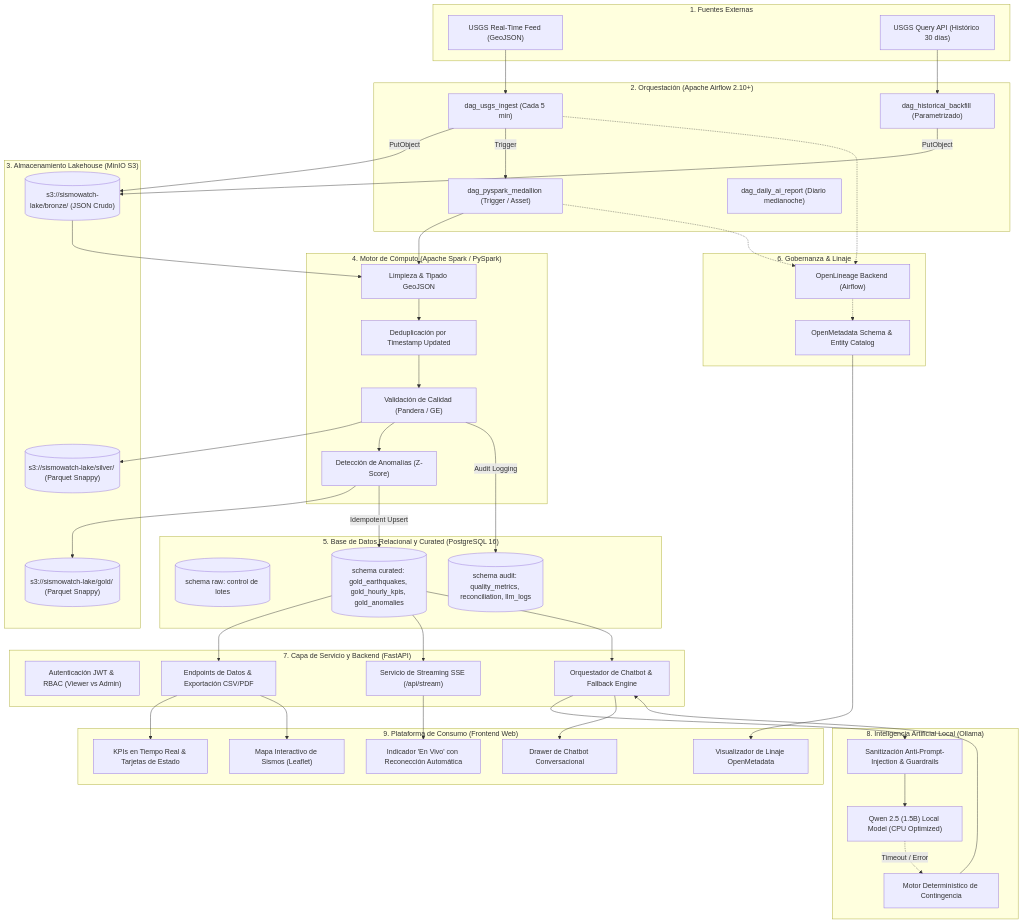
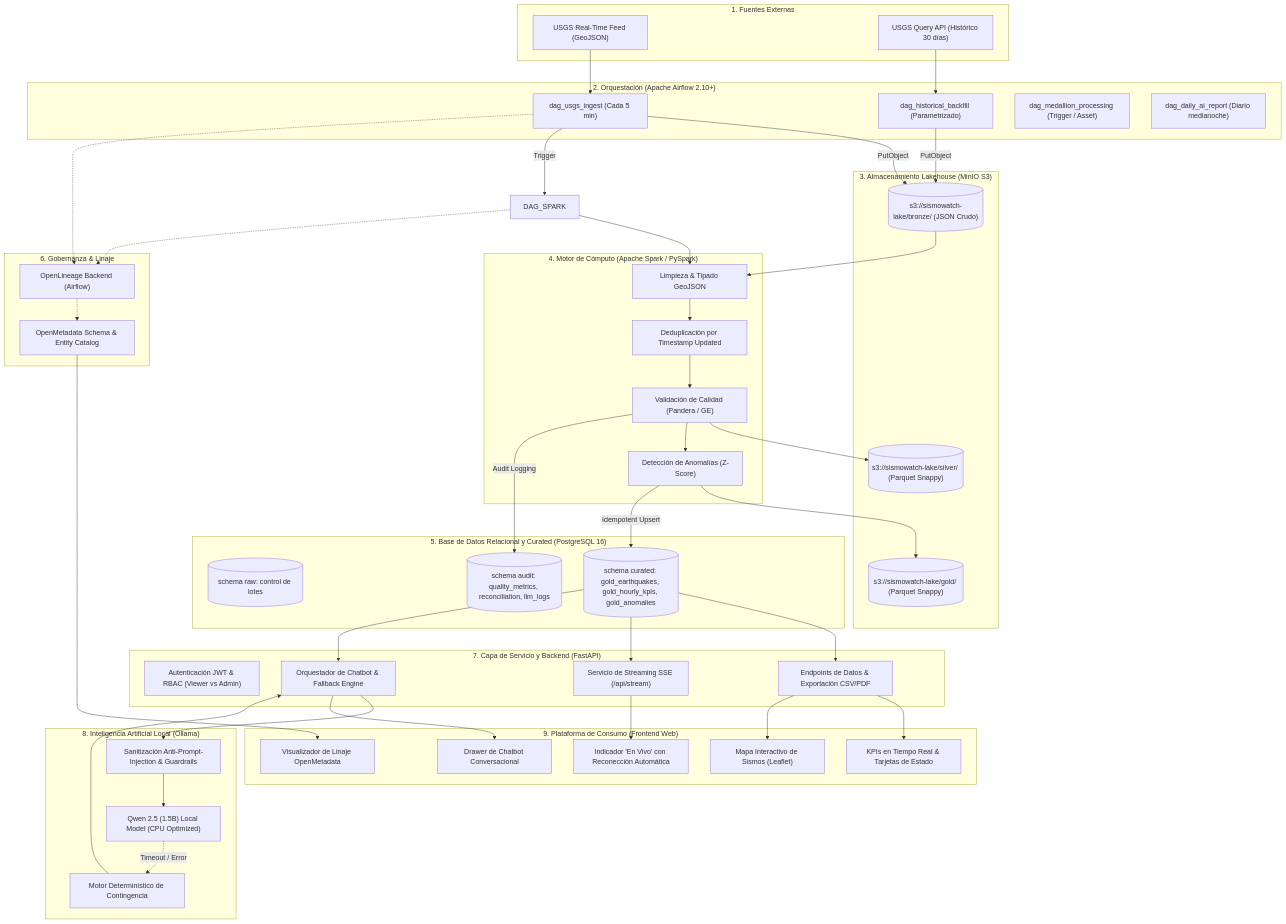
One commit to Dan18eP/prueba_desempenio_october changed the diagram in docs/ARQUITECTURA.md. Above: the diagram before and after it, drawn with Mermaid. The commit also changed 12 other files, not shown here.

Commit message:
feat(architecture): record ADR 0010 and rename medallion DAG to dag_medallion_processing

```diff
--- a/docs/ARQUITECTURA.md
+++ b/docs/ARQUITECTURA.md
@@ -24,7 +24,7 @@
     subgraph S2 ["2. Orquestación (Apache Airflow 2.10+)"]
         DAG_ING["dag_usgs_ingest (Cada 5 min)"]
         DAG_BACK["dag_historical_backfill (Parametrizado)"]
-        DAG_SPARK["dag_pyspark_medallion (Trigger / Asset)"]
+        DAG_MED["dag_medallion_processing (Trigger / Asset)"]
         DAG_AI["dag_daily_ai_report (Diario medianoche)"]
     end
 
```
